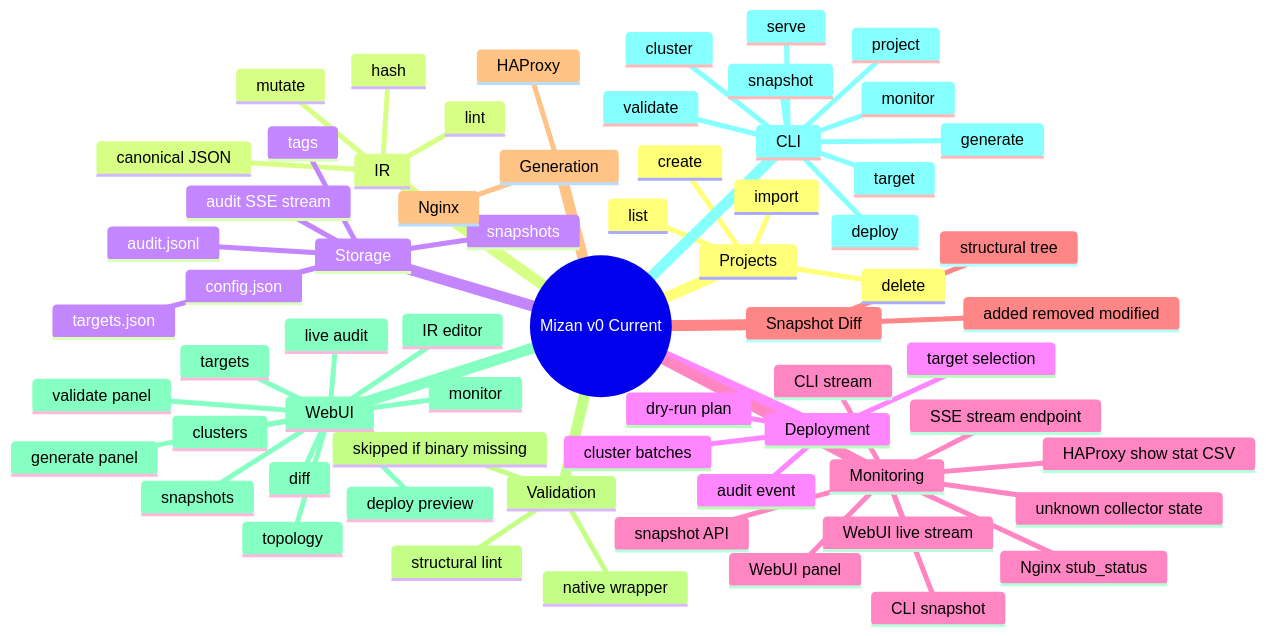
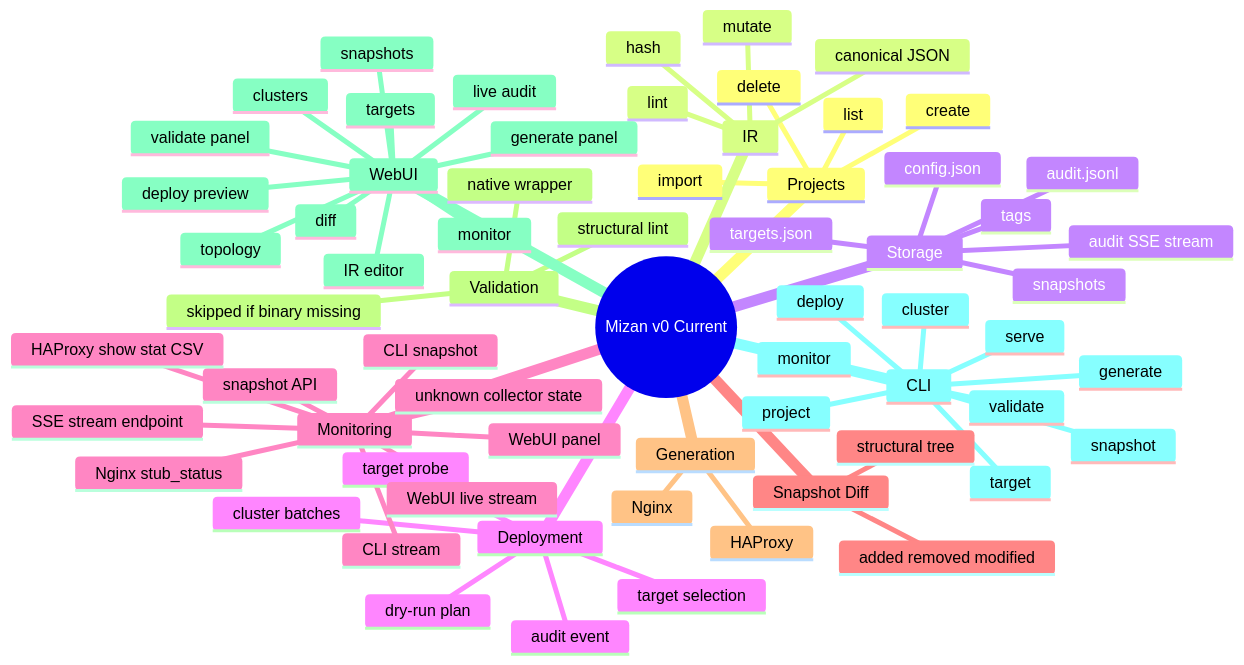
Diagram 17 of 18 in ARCHITECTURE.md (ersinkoc/Mizan), drawn with Mermaid before and after one commit. The commit also changed other lines of this file and 9 other files, not shown here.

Commit message:
Add target probe checks

````diff
--- a/ARCHITECTURE.md
+++ b/ARCHITECTURE.md
@@ -539,68 +543,69 @@
 ```mermaid
 mindmap
   root((Mizan v0 Current))
     Projects
       create
       list
       delete
       import
     IR
       lint
       mutate
       hash
       canonical JSON
     Storage
       config.json
       snapshots
       tags
       audit.jsonl
       audit SSE stream
       targets.json
     Deployment
       dry-run plan
+      target probe
       target selection
       cluster batches
       audit event
     Monitoring
       snapshot API
       CLI snapshot
       CLI stream
       WebUI panel
       WebUI live stream
       SSE stream endpoint
       HAProxy show stat CSV
       Nginx stub_status
       unknown collector state
     Snapshot Diff
       structural tree
       added removed modified
     Generation
       HAProxy
       Nginx
     Validation
       structural lint
       native wrapper
       skipped if binary missing
     WebUI
       IR editor
       generate panel
       validate panel
       topology
       snapshots
       diff
       targets
       clusters
       deploy preview
       monitor
       live audit
     CLI
       serve
       project
       snapshot
       target
       cluster
       generate
       validate
       deploy
       monitor
 ```
````
